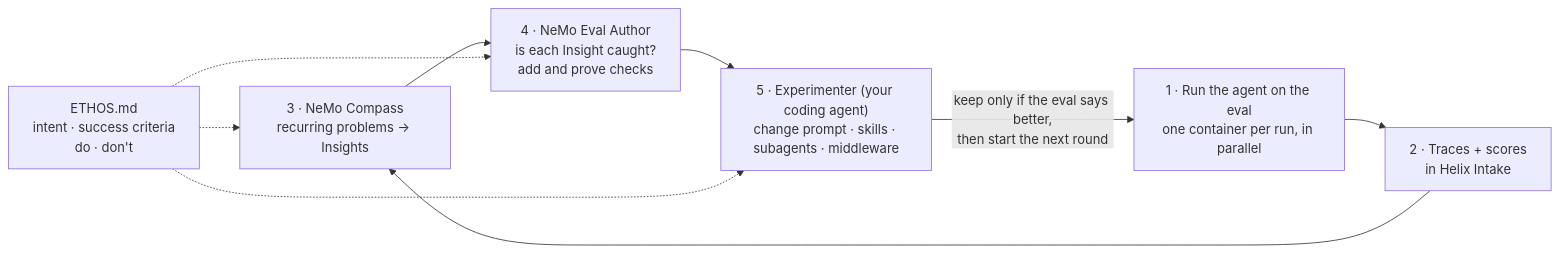
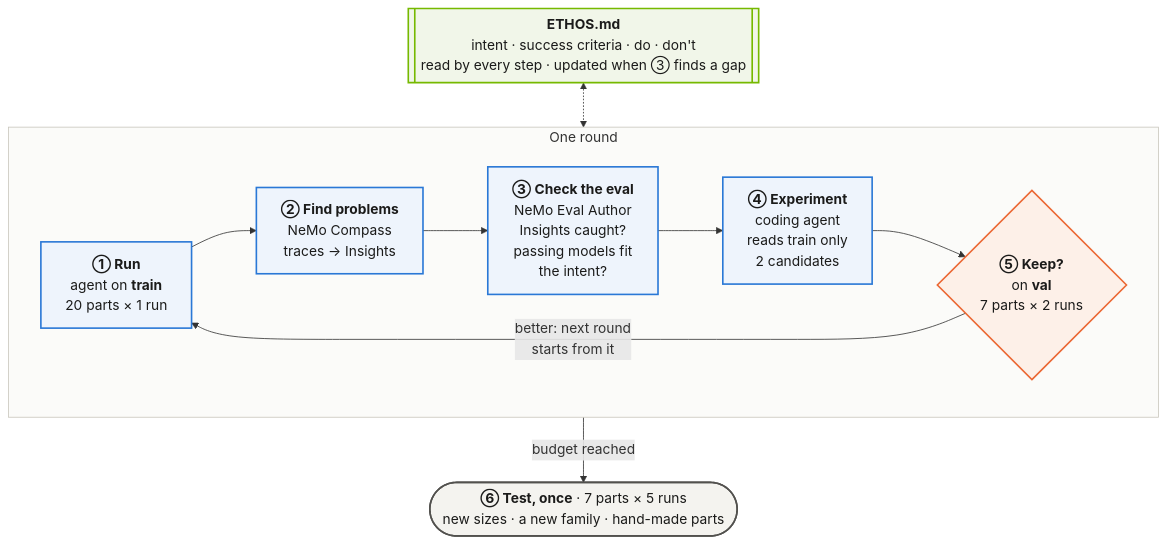
One commit to NVIDIA/nemoclaw-community changed the second of 2 diagrams in examples/tools/cae-freecad-agent-harness-optimization/README.md. Above: the diagram before and after it, drawn with Mermaid. The commit also changed other lines of this file and 55 other files, not shown here.

````diff
--- a/examples/tools/cae-freecad-agent-harness-optimization/README.md
+++ b/examples/tools/cae-freecad-agent-harness-optimization/README.md
@@ -128,14 +131,27 @@
 ```mermaid
-flowchart LR
-  E["ETHOS.md<br/>intent · success criteria<br/>do · don't"]
-  R["1 · Run the agent on the eval<br/>one container per run, in parallel"]
-  T["2 · Traces + scores<br/>in Helix Intake"]
-  C["3 · NeMo Compass<br/>recurring problems → Insights"]
-  A["4 · NeMo Eval Author<br/>is each Insight caught?<br/>add and prove checks"]
-  X["5 · Experimenter (your coding agent)<br/>change prompt · skills · subagents · middleware"]
-  R --> T --> C --> A --> X
-  X -- "keep only if the eval says better,<br/>then start the next round" --> R
-  E -.-> C
-  E -.-> A
-  E -.-> X
+%%{init: {"themeVariables": {"fontSize": "17px"}, "flowchart": {"curve": "basis", "nodeSpacing": 40, "rankSpacing": 55, "wrappingWidth": 420}}}%%
+flowchart TB
+  E[["<b>ETHOS.md</b><br/>intent · success criteria · do · don't<br/>read by every step · updated when ③ finds a gap"]]
+  subgraph R["One round"]
+    direction LR
+    S1["<b>① Run</b><br/>agent on <b>train</b><br/>20 parts × 1 run"]
+    S2["<b>② Find problems</b><br/>NeMo Compass<br/>traces → Insights"]
+    S3["<b>③ Check the eval</b><br/>NeMo Eval Author<br/>Insights caught?<br/>passing models fit<br/>the intent?"]
+    S4["<b>④ Experiment</b><br/>coding agent<br/>reads train only<br/>2 candidates"]
+    S5{"<b>⑤ Keep?</b><br/>on <b>val</b><br/>7 parts × 2 runs"}
+    S1 --> S2 --> S3 --> S4 --> S5
+    S5 -- "better: next round<br/>starts from it" --> S1
+  end
+  T(["<b>⑥ Test, once</b> · 7 parts × 5 runs<br/>new sizes · a new family · hand-made parts"])
+  E <-.-> R
+  R -- "budget reached" --> T
+  classDef step fill:#eef4fc,stroke:#2a78d6,stroke-width:2px,color:#1b1b1a
+  classDef keep fill:#fdf0e8,stroke:#eb6834,stroke-width:2px,color:#1b1b1a
+  classDef ethos fill:#f1f6e9,stroke:#76b900,stroke-width:2px,color:#1b1b1a
+  classDef test fill:#f4f3ef,stroke:#52514e,stroke-width:2px,color:#1b1b1a
+  class S1,S2,S3,S4 step
+  class S5 keep
+  class E ethos
+  class T test
+  style R fill:#fbfbf9,stroke:#c9c7bd
 ```
````
